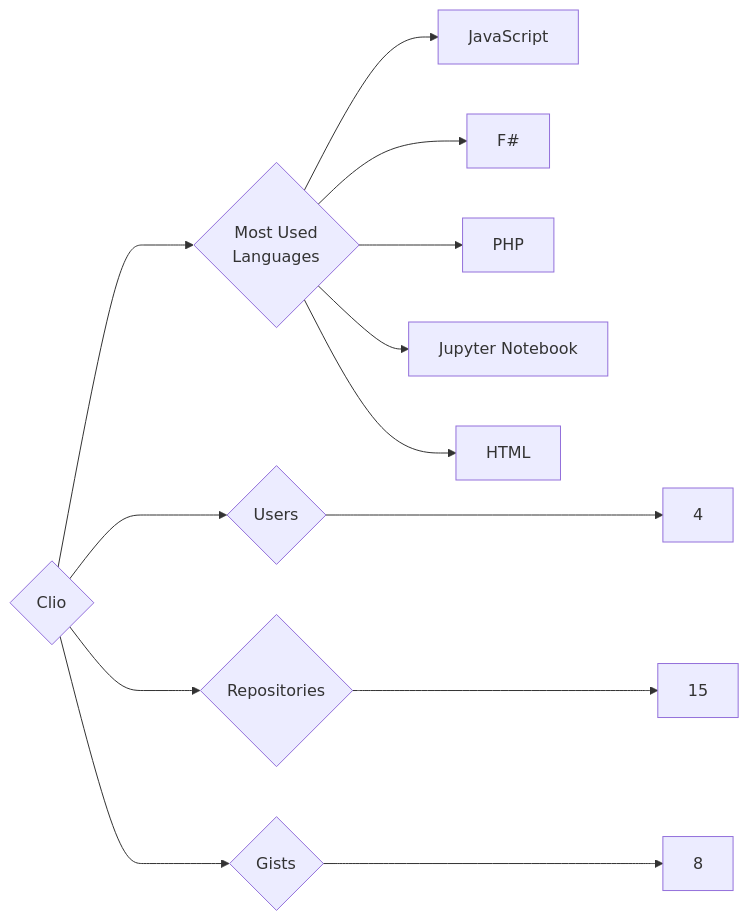
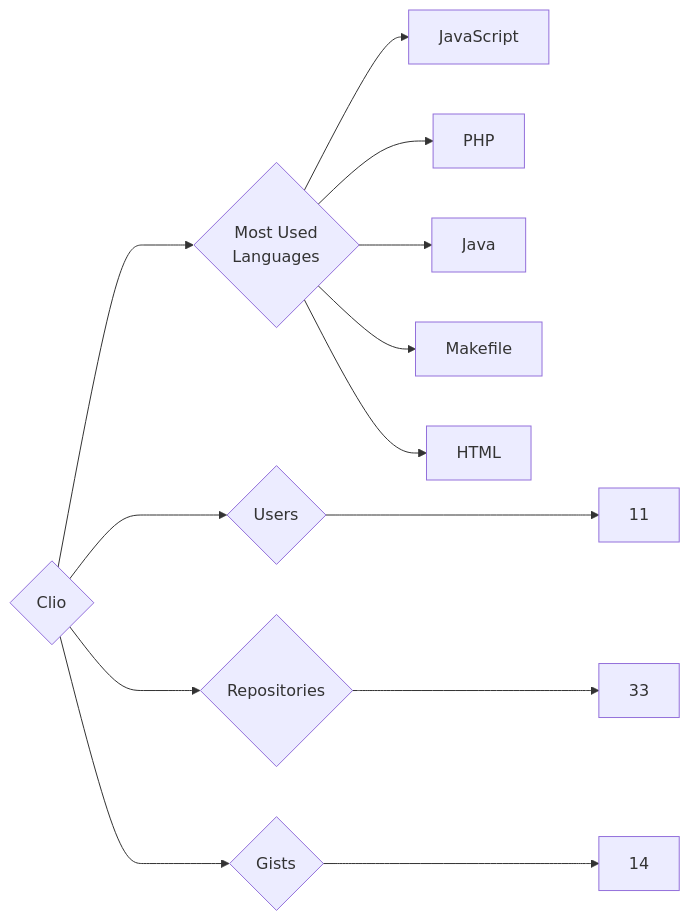
The diagram in targets/Clio/README.md (trickest/insiders), drawn with Mermaid before and after one commit. The commit also changed 857 other files, not shown here.

````diff
--- a/targets/Clio/README.md
+++ b/targets/Clio/README.md
@@ -3,13 +3,13 @@
 ```mermaid
 graph LR
 COMPANY_NAME{Clio}
-COMPANY_NAME ---> U{Users} ---> UN[4]
-COMPANY_NAME ---> R{Repositories} ---> RN[15]
-COMPANY_NAME ---> G{Gists} ---> GN[8]
+COMPANY_NAME ---> U{Users} ---> UN[11]
+COMPANY_NAME ---> R{Repositories} ---> RN[33]
+COMPANY_NAME ---> G{Gists} ---> GN[14]
 COMPANY_NAME ---> ML{Most Used<br>Languages}
 ML --> JavaScript[JavaScript]
-ML --> F#[F#]
 ML --> PHP[PHP]
-ML --> Jupyter_Notebook[Jupyter Notebook]
+ML --> Java[Java]
+ML --> Makefile[Makefile]
 ML --> HTML[HTML]
 ```
````
